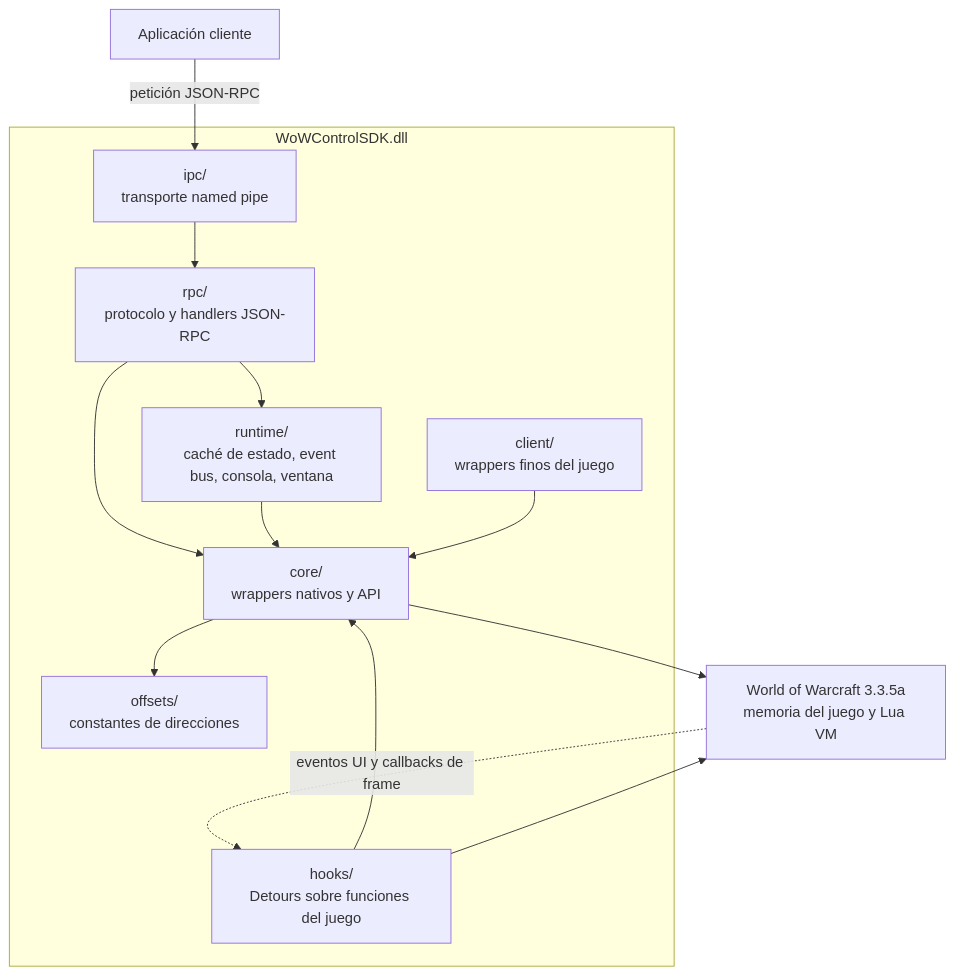
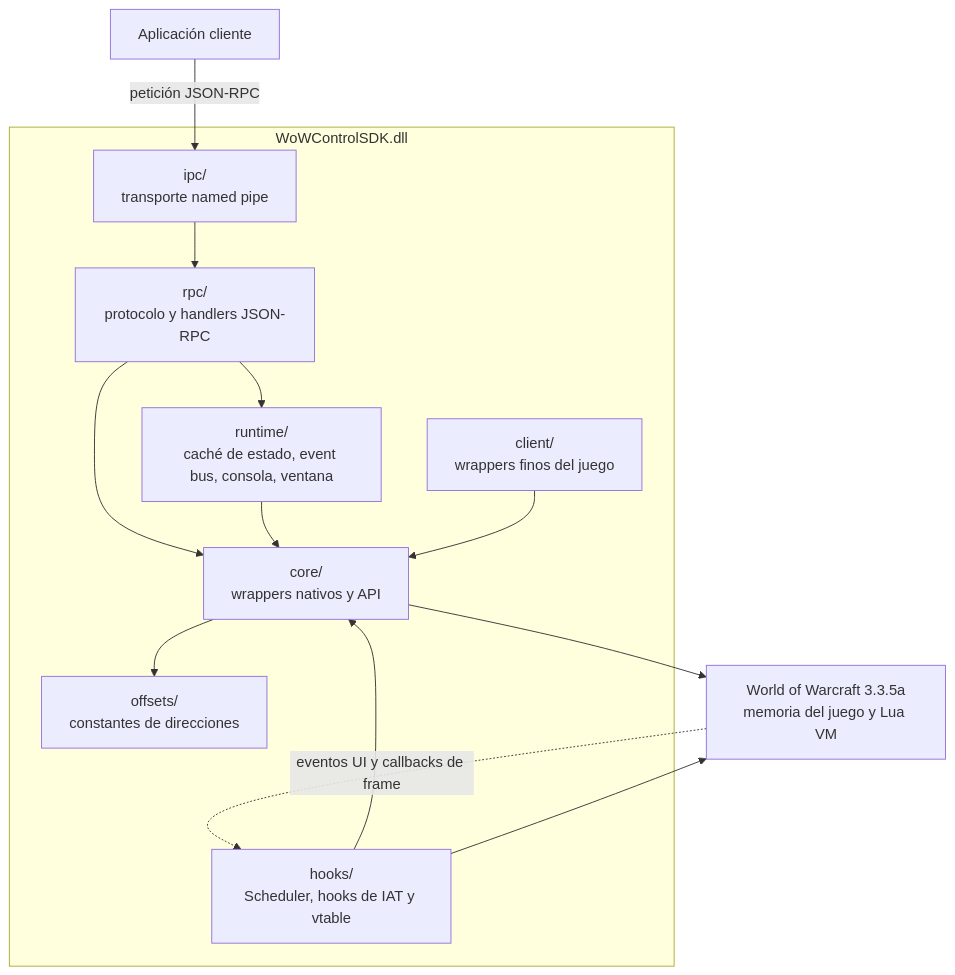
The second of 4 diagrams in docs/es/architecture.md (Zerik-Official/WoWControlSDK), drawn with Mermaid before and after one commit. The commit also changed other lines of this file, not shown here.

Commit message:
docs(architecture): describe hooks without code patches in Spanish

````diff
--- a/docs/es/architecture.md
+++ b/docs/es/architecture.md
@@ -29,26 +29,26 @@
 ```mermaid
 flowchart TD
     app["Aplicación cliente"]
 
     subgraph dll["WoWControlSDK.dll"]
         ipc["ipc/<br/>transporte named pipe"]
         rpc["rpc/<br/>protocolo y handlers JSON-RPC"]
         runtime["runtime/<br/>caché de estado, event bus, consola, ventana"]
-        hooks["hooks/<br/>Detours sobre funciones del juego"]
+        hooks["hooks/<br/>Scheduler, hooks de IAT y vtable"]
         client["client/<br/>wrappers finos del juego"]
         core["core/<br/>wrappers nativos y API"]
         offsets["offsets/<br/>constantes de direcciones"]
     end
 
     app -- "petición JSON-RPC" --> ipc
     ipc --> rpc
     rpc --> runtime
     rpc --> core
     runtime --> core
     hooks --> core
     client --> core
     core --> offsets
     core --> wow["World of Warcraft 3.3.5a<br/>memoria del juego y Lua VM"]
     hooks --> wow
     wow -. "eventos UI y callbacks de frame" .-> hooks
 ```
````
